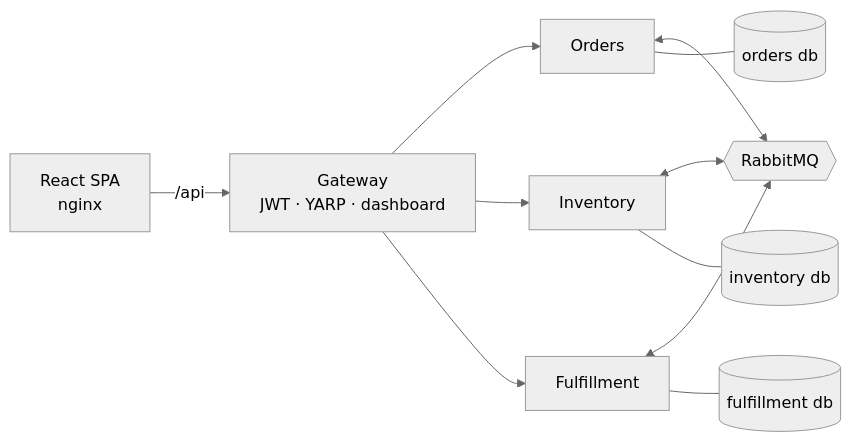
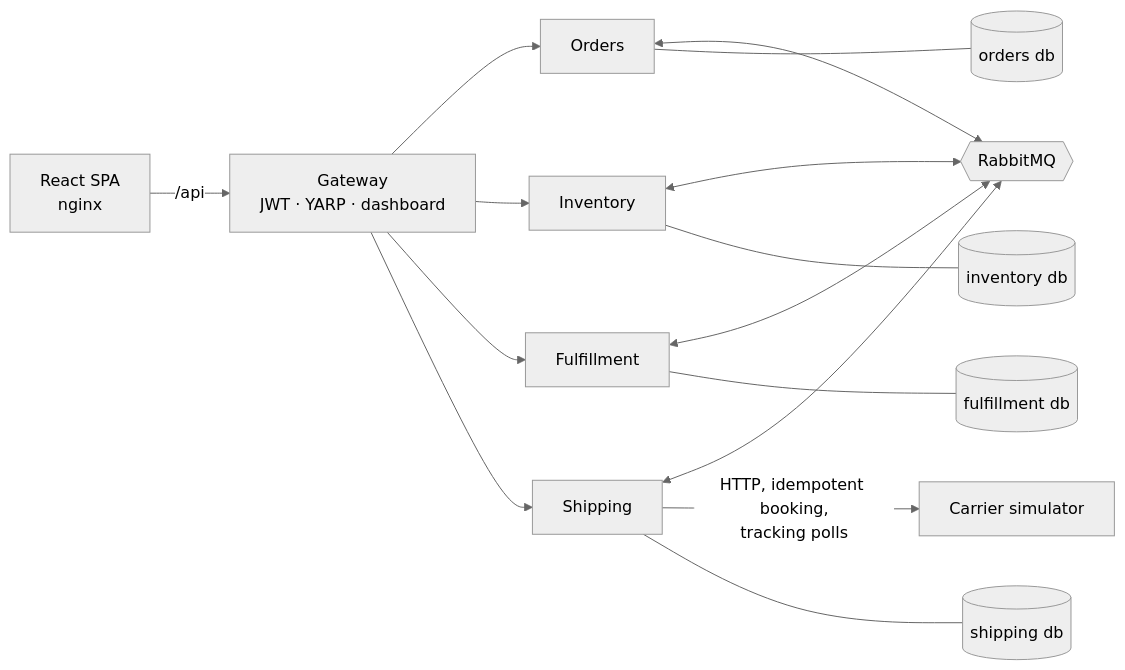
Before and after one commit to pablofreire/LogistiFlowAI: the diagram in README.md, drawn with Mermaid (neutral theme). The commit also changed other lines of this file and 4 other files, not shown here.

Commit message:
docs: phase 2 status, spec coverage, README, architecture and job mapping

````diff
--- a/README.md
+++ b/README.md
@@ -21,11 +21,14 @@
 ```mermaid
 flowchart LR
     web[React SPA<br/>nginx] -->|/api| gw[Gateway<br/>JWT · YARP · dashboard]
-    gw --> orders[Orders] & inventory[Inventory] & fulfillment[Fulfillment]
+    gw --> orders[Orders] & inventory[Inventory] & fulfillment[Fulfillment] & shipping[Shipping]
     orders <--> mq{{RabbitMQ}}
     inventory <--> mq
     fulfillment <--> mq
+    shipping <--> mq
+    shipping -->|HTTP, idempotent booking,<br/>tracking polls| carrier[Carrier simulator]
     orders --- odb[(orders db)]
     inventory --- idb[(inventory db)]
     fulfillment --- fdb[(fulfillment db)]
+    shipping --- sdb[(shipping db)]
 ```
````
